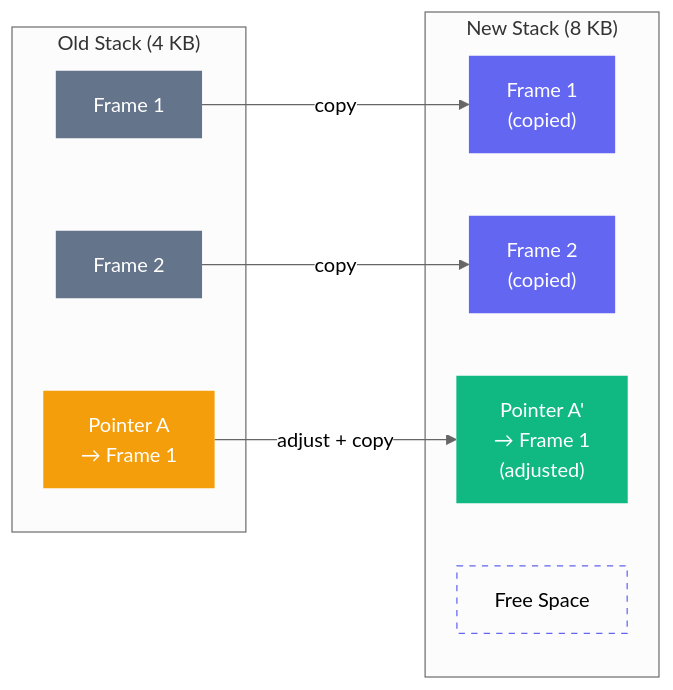
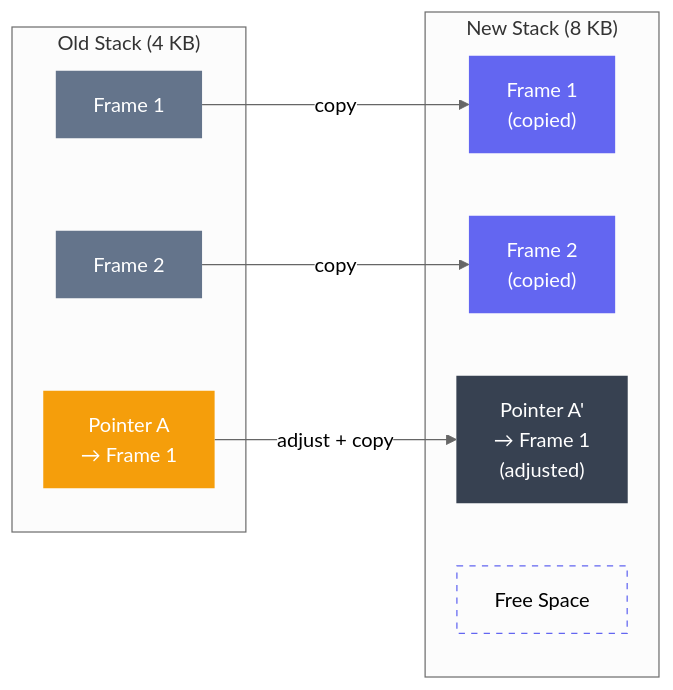
The third of 3 diagrams in content/writing/go-goroutine-stack-growth.md (ashwingopalsamy/site), drawn with Mermaid (neutral theme) before and after one commit. The commit also changed other lines of this file and 26 other files, not shown here.

```diff
--- a/content/writing/go-goroutine-stack-growth.md
+++ b/content/writing/go-goroutine-stack-growth.md
@@ -197,27 +197,27 @@
 {{< mermaid >}}
 graph LR
     subgraph "Old Stack (4 KB)"
         O1["Frame 1"]
         O2["Frame 2"]
         O3["Pointer A\n→ Frame 1"]
     end
 
     subgraph "New Stack (8 KB)"
         N1["Frame 1\n(copied)"]
         N2["Frame 2\n(copied)"]
         N3["Pointer A'\n→ Frame 1\n(adjusted)"]
         N4["Free Space"]
     end
 
     O1 -->|copy| N1
     O2 -->|copy| N2
     O3 -->|"adjust + copy"| N3
 
     style O1 fill:#64748b,color:#fff,stroke:none
     style O2 fill:#64748b,color:#fff,stroke:none
     style O3 fill:#f59e0b,color:#fff,stroke:none
     style N1 fill:#6366f1,color:#fff,stroke:none
     style N2 fill:#6366f1,color:#fff,stroke:none
-    style N3 fill:#10b981,color:#fff,stroke:none
+    style N3 fill:#374151,color:#fff,stroke:none
     style N4 fill:none,stroke:#6366f1,stroke-dasharray:5
 {{< /mermaid >}}
```
